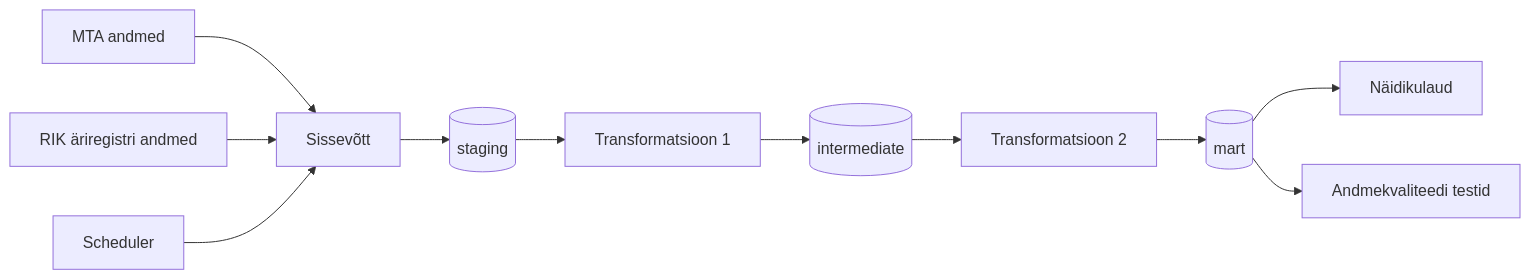
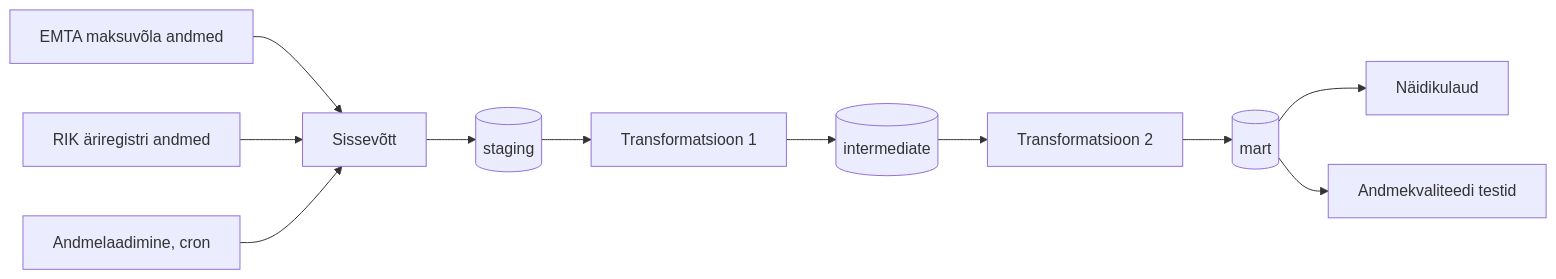
One commit to KulliPeed/Projektitoo_MREV changed the diagram in docs/arhitektuur.md. Above: the diagram before and after it, drawn with Mermaid. The commit also changed other lines of this file, not shown here.

First line of the commit message:
Improve architecture documentation and data flow schema

````diff
--- a/docs/arhitektuur.md
+++ b/docs/arhitektuur.md
@@ -29,18 +30,18 @@
 ```mermaid
 flowchart LR
-    source1[MTA andmed] --> ingest[Sissevõtt]
+    source1[EMTA maksuvõla andmed] --> ingest[Sissevõtt]
     source2[RIK äriregistri andmed] --> ingest
 
     ingest --> staging[(staging)]
     staging --> transform1[Transformatsioon 1]
 
     transform1 --> intermediate[(intermediate)]
     intermediate --> transform2[Transformatsioon 2]
 
     transform2 --> mart[(mart)]
 
     mart --> dashboard[Näidikulaud]
     mart --> quality[Andmekvaliteedi testid]
 
-    scheduler[Scheduler] --> ingest
+    scheduler[Andmelaadimine, cron] --> ingest
 ```
````
